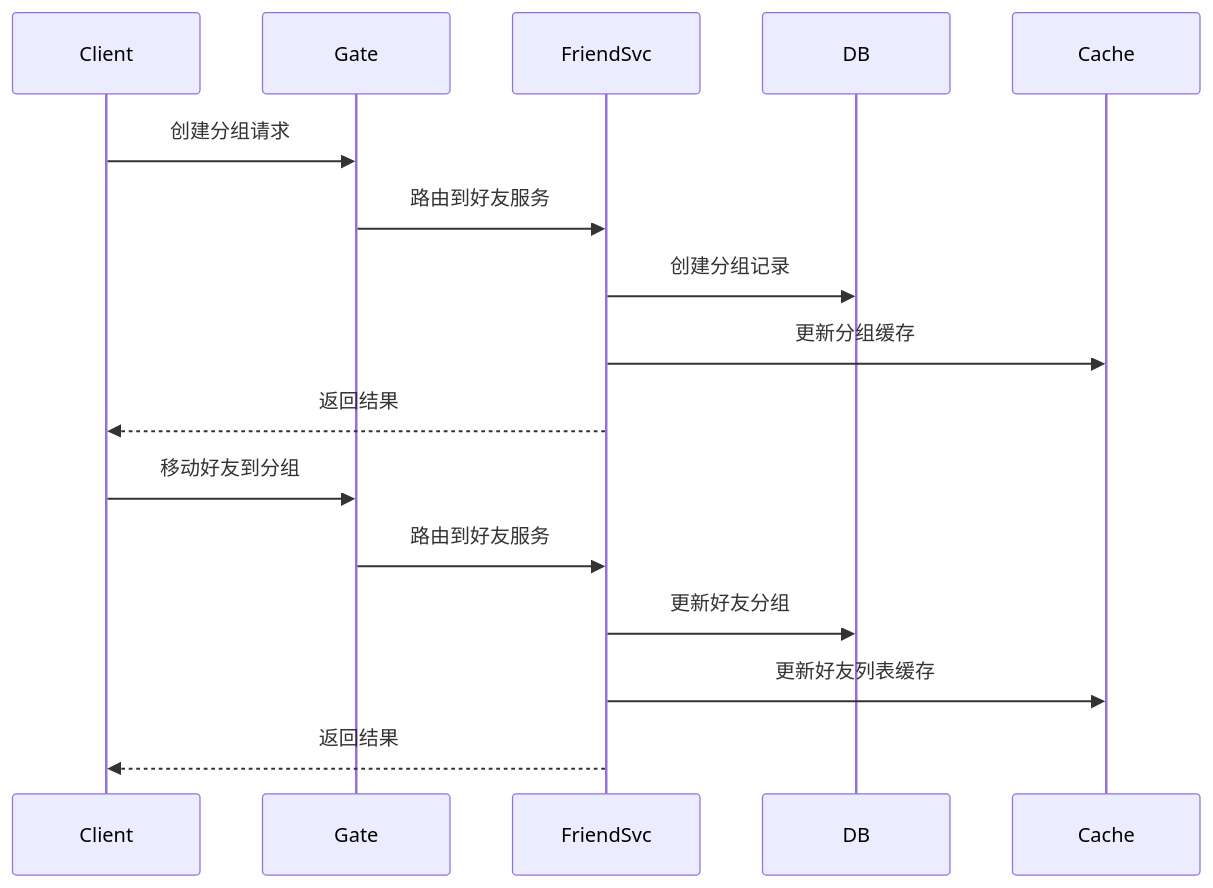
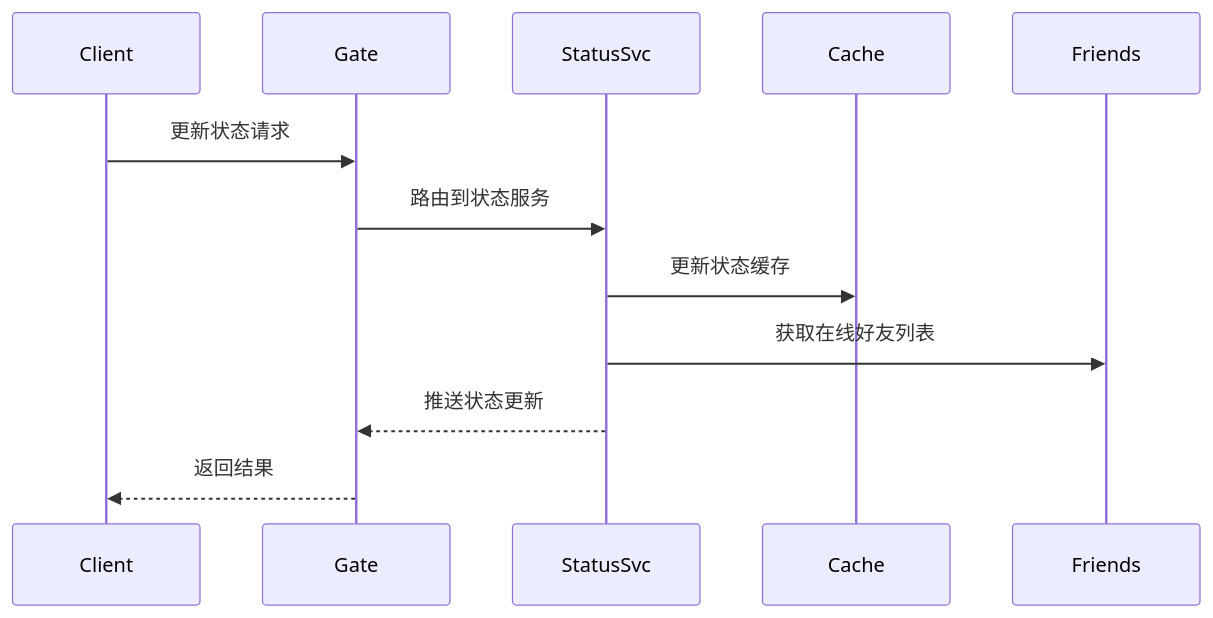
Before and after one commit to qing358/friend-module: the fourth of 8 diagrams in demand.md, drawn with Mermaid. The commit also changed other lines of this file, not shown here.

````diff
--- a/demand.md
+++ b/demand.md
@@ -611,20 +514,15 @@
 ```mermaid
 sequenceDiagram
     participant Client
     participant Gate
-    participant FriendSvc
-    participant DB
+    participant StatusSvc
     participant Cache
+    participant Friends
 
-    Client->>Gate: 创建分组请求
-    Gate->>FriendSvc: 路由到好友服务
-    FriendSvc->>DB: 创建分组记录
-    FriendSvc->>Cache: 更新分组缓存
-    FriendSvc-->>Client: 返回结果
-
-    Client->>Gate: 移动好友到分组
-    Gate->>FriendSvc: 路由到好友服务
-    FriendSvc->>DB: 更新好友分组
-    FriendSvc->>Cache: 更新好友列表缓存
-    FriendSvc-->>Client: 返回结果
+    Client->>Gate: 更新状态请求
+    Gate->>StatusSvc: 路由到状态服务
+    StatusSvc->>Cache: 更新状态缓存
+    StatusSvc->>Friends: 获取在线好友列表
+    StatusSvc-->>Gate: 推送状态更新
+    Gate-->>Client: 返回结果
 ```
````
